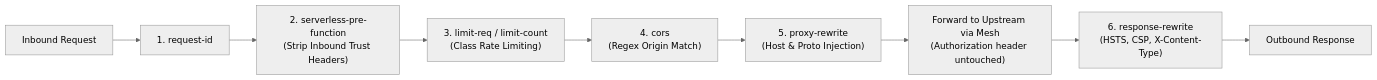
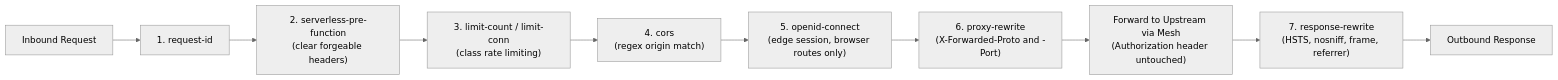
One commit to marek-mraz-jc/joinedcontext-docs changed the second of 2 diagrams in Deployment/10-edge-routing-apisix.md. Above: the diagram before and after it, drawn with Mermaid (neutral theme). The commit also changed other lines of this file and 2 other files, not shown here.

Commit message:
T-2183 T-2184 T-2185: Deployment/10, 11, 12: correct the edge routing, move and branding pages against the code (TS-19)

````diff
--- a/Deployment/10-edge-routing-apisix.md
+++ b/Deployment/10-edge-routing-apisix.md
@@ -272,11 +231,12 @@
 ```mermaid
 flowchart LR
     InReq["Inbound Request"] --> P1["1. request-id"]
-    P1 --> P2["2. serverless-pre-function<br/>(Strip Inbound Trust Headers)"]
-    P2 --> P3["3. limit-req / limit-count<br/>(Class Rate Limiting)"]
-    P3 --> P4["4. cors<br/>(Regex Origin Match)"]
-    P4 --> P5["5. proxy-rewrite<br/>(Host & Proto Injection)"]
-    P5 --> Forward["Forward to Upstream via Mesh<br/>(Authorization header untouched)"]
-    Forward --> P6["6. response-rewrite<br/>(HSTS, CSP, X-Content-Type)"]
-    P6 --> OutResp["Outbound Response"]
+    P1 --> P2["2. serverless-pre-function<br/>(clear forgeable headers)"]
+    P2 --> P3["3. limit-count / limit-conn<br/>(class rate limiting)"]
+    P3 --> P4["4. cors<br/>(regex origin match)"]
+    P4 --> P5["5. openid-connect<br/>(edge session, browser routes only)"]
+    P5 --> P6["6. proxy-rewrite<br/>(X-Forwarded-Proto and -Port)"]
+    P6 --> Forward["Forward to Upstream via Mesh<br/>(Authorization header untouched)"]
+    Forward --> P7["7. response-rewrite<br/>(HSTS, nosniff, frame, referrer)"]
+    P7 --> OutResp["Outbound Response"]
 ```
````
